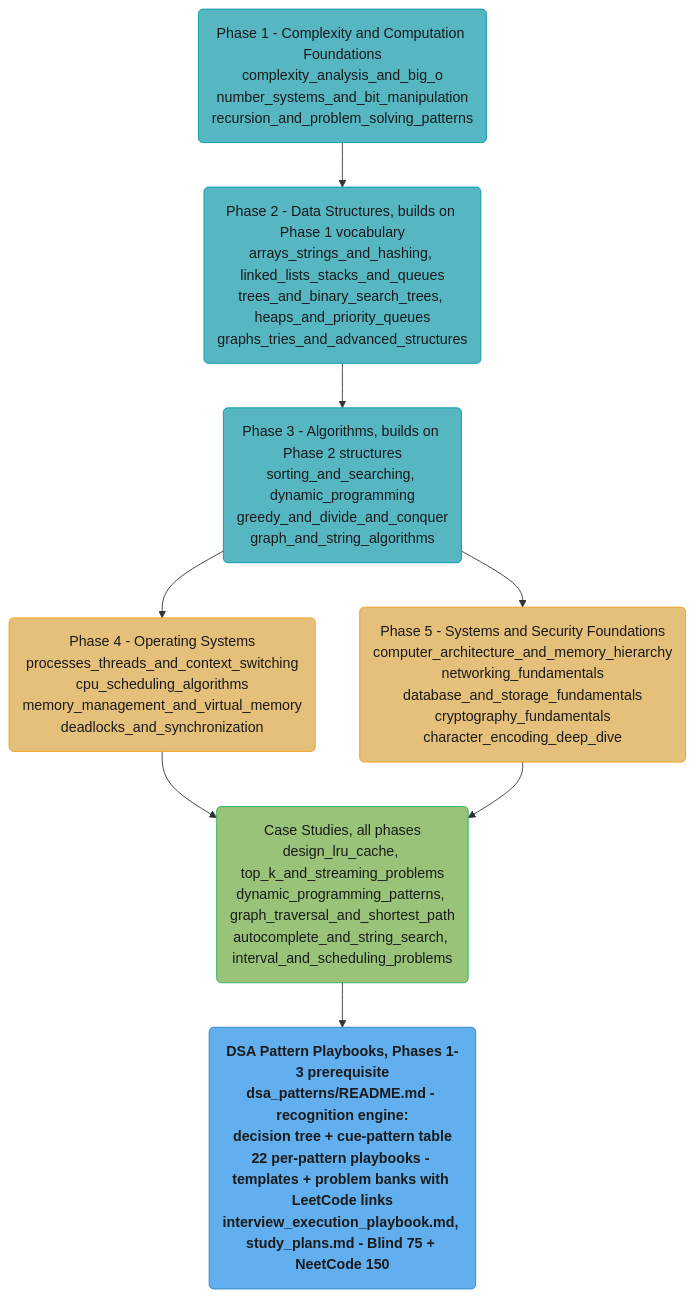
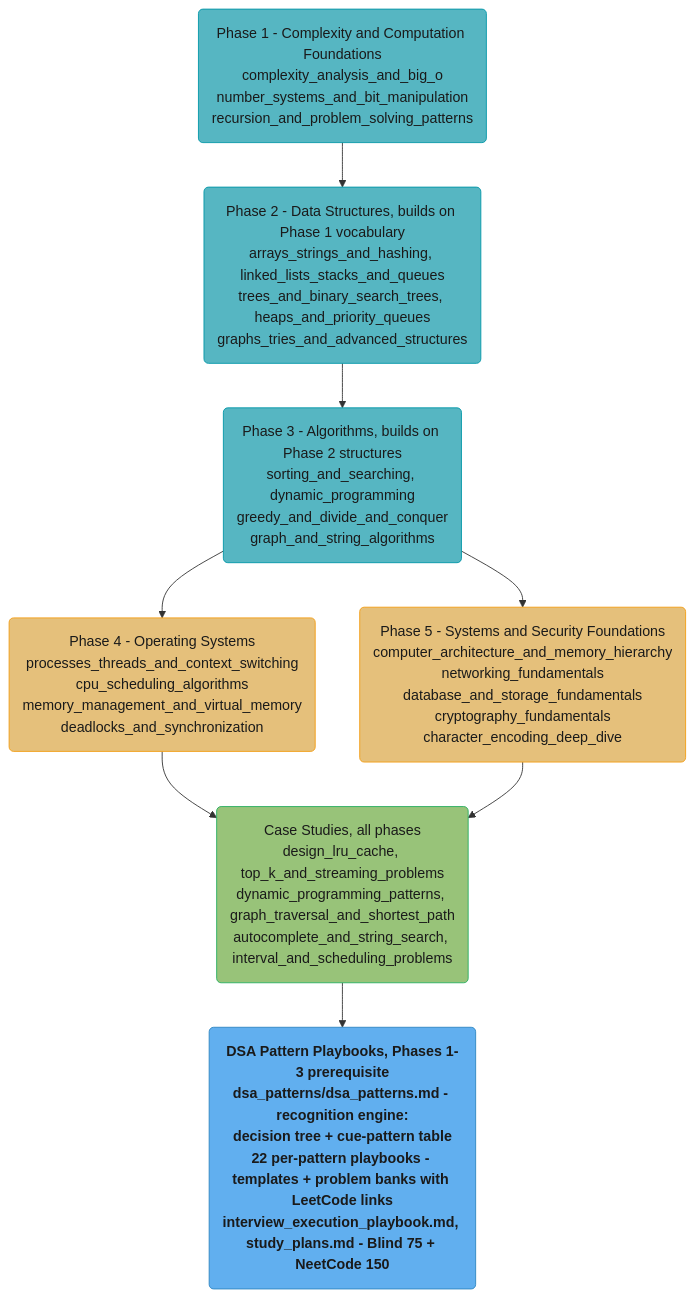
One commit to rppol/system-design changed the diagram in src/main/java/com/rutik/systemdesign/cs_fundamentals/README.md. Above: the diagram before and after it, drawn with Mermaid. The commit also changed other lines of this file and 49 other files, not shown here.

````diff
--- a/src/main/java/com/rutik/systemdesign/cs_fundamentals/README.md
+++ b/src/main/java/com/rutik/systemdesign/cs_fundamentals/README.md
@@ -98,30 +98,30 @@
 ```mermaid
 flowchart TD
     classDef io      fill:#61afef,stroke:#2e86c1,color:#1a1a1a,font-weight:bold
     classDef frozen  fill:#c678dd,stroke:#9b59b6,color:#fff
     classDef train   fill:#98c379,stroke:#27ae60,color:#1a1a1a
     classDef mathOp  fill:#d19a66,stroke:#e67e22,color:#1a1a1a,font-weight:bold
     classDef lossN   fill:#e06c75,stroke:#c0392b,color:#fff,font-weight:bold
     classDef req     fill:#56b6c2,stroke:#0097a7,color:#1a1a1a
     classDef base    fill:#e5c07b,stroke:#f39c12,color:#1a1a1a
 
     p1("Phase 1 - Complexity and Computation Foundations<br/>complexity_analysis_and_big_o<br/>number_systems_and_bit_manipulation<br/>recursion_and_problem_solving_patterns")
     p2("Phase 2 - Data Structures, builds on Phase 1 vocabulary<br/>arrays_strings_and_hashing, linked_lists_stacks_and_queues<br/>trees_and_binary_search_trees, heaps_and_priority_queues<br/>graphs_tries_and_advanced_structures")
     p3("Phase 3 - Algorithms, builds on Phase 2 structures<br/>sorting_and_searching, dynamic_programming<br/>greedy_and_divide_and_conquer<br/>graph_and_string_algorithms")
     p4("Phase 4 - Operating Systems<br/>processes_threads_and_context_switching<br/>cpu_scheduling_algorithms<br/>memory_management_and_virtual_memory<br/>deadlocks_and_synchronization")
     p5("Phase 5 - Systems and Security Foundations<br/>computer_architecture_and_memory_hierarchy<br/>networking_fundamentals<br/>database_and_storage_fundamentals<br/>cryptography_fundamentals<br/>character_encoding_deep_dive")
     cs("Case Studies, all phases<br/>design_lru_cache, top_k_and_streaming_problems<br/>dynamic_programming_patterns, graph_traversal_and_shortest_path<br/>autocomplete_and_string_search, interval_and_scheduling_problems")
-    dsap("DSA Pattern Playbooks, Phases 1-3 prerequisite<br/>dsa_patterns/README.md - recognition engine:<br/>decision tree + cue-pattern table<br/>22 per-pattern playbooks - templates + problem banks with LeetCode links<br/>interview_execution_playbook.md, study_plans.md - Blind 75 + NeetCode 150")
+    dsap("DSA Pattern Playbooks, Phases 1-3 prerequisite<br/>dsa_patterns/dsa_patterns.md - recognition engine:<br/>decision tree + cue-pattern table<br/>22 per-pattern playbooks - templates + problem banks with LeetCode links<br/>interview_execution_playbook.md, study_plans.md - Blind 75 + NeetCode 150")
 
     p1 --> p2 --> p3
     p3 --> p4
     p3 --> p5
     p4 --> cs
     p5 --> cs
     cs --> dsap
 
     class p1,p2,p3 req
     class p4,p5 base
     class cs train
     class dsap io
 ```
````
